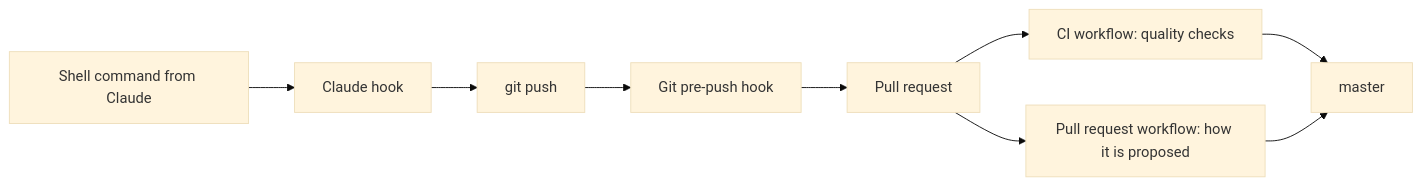
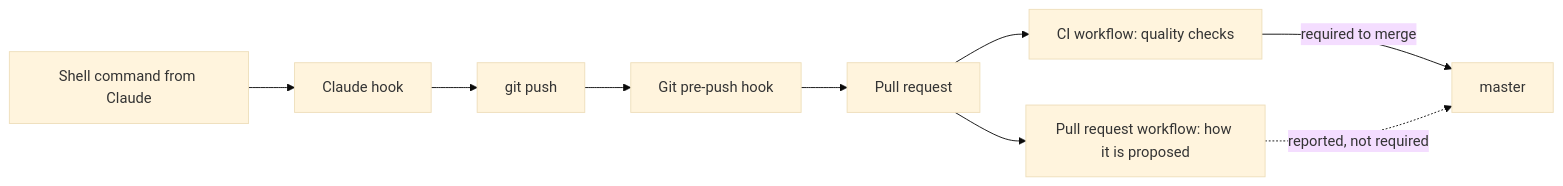
Before and after one commit to stimothy/claude-plans: the diagram in docs/designs/0001-architecture.md, drawn with Mermaid (base theme). The commit also changed other lines of this file, not shown here.

First line of the commit message:
docs: correct which checks block a merge and when the Claude hook blocks

````diff
--- a/docs/designs/0001-architecture.md
+++ b/docs/designs/0001-architecture.md
@@ -14,11 +14,11 @@
 ```mermaid
 flowchart LR
     command["Shell command from Claude"] --> hook["Claude hook"]
     hook --> push["git push"]
     push --> prepush["Git pre-push hook"]
     prepush --> request["Pull request"]
     request --> quality["CI workflow: quality checks"]
     request --> proposal["Pull request workflow: how it is proposed"]
-    quality --> master["master"]
-    proposal --> master
+    quality -->|required to merge| master["master"]
+    proposal -.->|reported, not required| master
 ```
````
